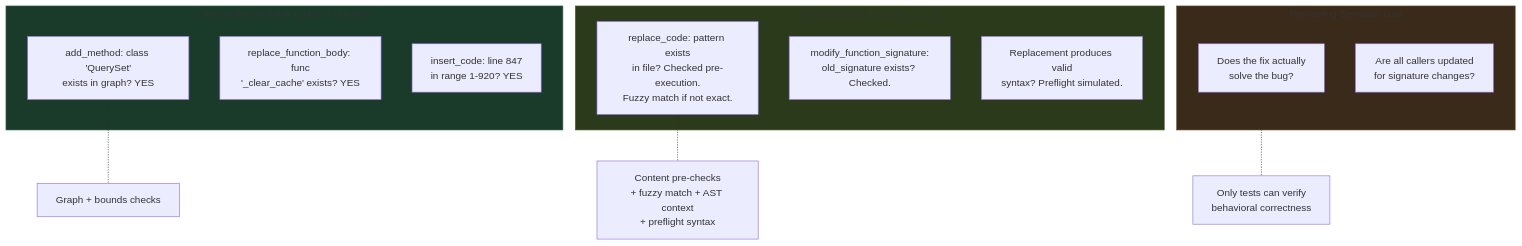
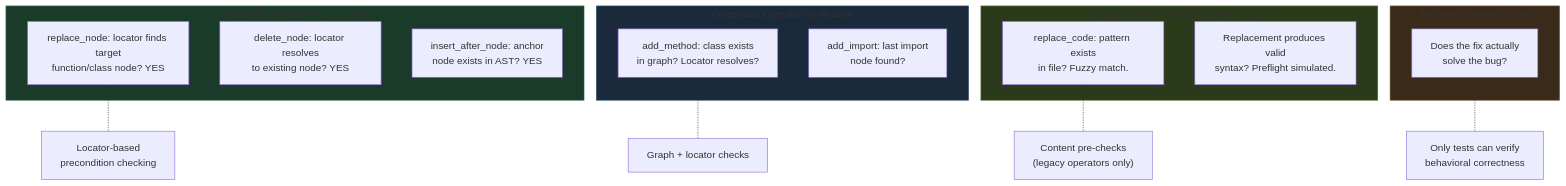
The sixth of 15 diagrams in _bmad-output/research/graphplan-architecture.md (toreleon/graph-transform-agent), drawn with Mermaid before and after one commit. The commit also changed other lines of this file and 4 other files, not shown here.

First line of the commit message:
Feat(GraphPlan): Implement AST-node transformation primitives with locator system

````diff
--- a/_bmad-output/research/graphplan-architecture.md
+++ b/_bmad-output/research/graphplan-architecture.md
@@ -623,27 +716,32 @@
 ```mermaid
 flowchart TD
-    subgraph Structural ["Structurally Verifiable (graph + bounds)"]
-        S1["add_method: class 'QuerySet'<br/>exists in graph? YES"]
-        S2["replace_function_body: func<br/>'_clear_cache' exists? YES"]
-        S3["insert_code: line 847<br/>in range 1-920? YES"]
+    subgraph Structural ["Structurally Verifiable (AST locators)"]
+        S1["replace_node: locator finds target<br/>function/class node? YES"]
+        S2["delete_node: locator resolves<br/>to existing node? YES"]
+        S3["insert_after_node: anchor<br/>node exists in AST? YES"]
     end
 
-    subgraph Content ["Content-Verified (Layers 1, 3, 5)"]
-        R1["replace_code: pattern exists<br/>in file? Checked pre-execution.<br/>Fuzzy match if not exact."]
-        R2["modify_function_signature:<br/>old_signature exists? Checked."]
+    subgraph Composed ["Composed Operator Verification"]
+        C1["add_method: class exists<br/>in graph? Locator resolves?"]
+        C2["add_import: last import<br/>node found?"]
+    end
+
+    subgraph LegacyContent ["Legacy Content-Verified (Layers 1, 3, 5)"]
+        R1["replace_code: pattern exists<br/>in file? Fuzzy match."]
         R3["Replacement produces valid<br/>syntax? Preflight simulated."]
     end
 
     subgraph Remaining ["Remaining Semantic Gap"]
         G1["Does the fix actually<br/>solve the bug?"]
-        G2["Are all callers updated<br/>for signature changes?"]
     end
 
-    S1 -.- Note1["Graph + bounds checks"]
-    R1 -.- Note2["Content pre-checks<br/>+ fuzzy match + AST context<br/>+ preflight syntax"]
-    G1 -.- Note3["Only tests can verify<br/>behavioral correctness"]
+    S1 -.- Note1["Locator-based<br/>precondition checking"]
+    C1 -.- Note2["Graph + locator checks"]
+    R1 -.- Note3["Content pre-checks<br/>(legacy operators only)"]
+    G1 -.- Note4["Only tests can verify<br/>behavioral correctness"]
 
     style Structural fill:#1a3a2a,stroke:#2d6a4f
-    style Content fill:#2a3a1a,stroke:#4f6a2d
+    style Composed fill:#1a2a3a,stroke:#2d4f6a
+    style LegacyContent fill:#2a3a1a,stroke:#4f6a2d
     style Remaining fill:#3a2a1a,stroke:#6a4f2d
 ```
````
